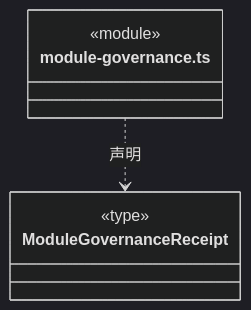
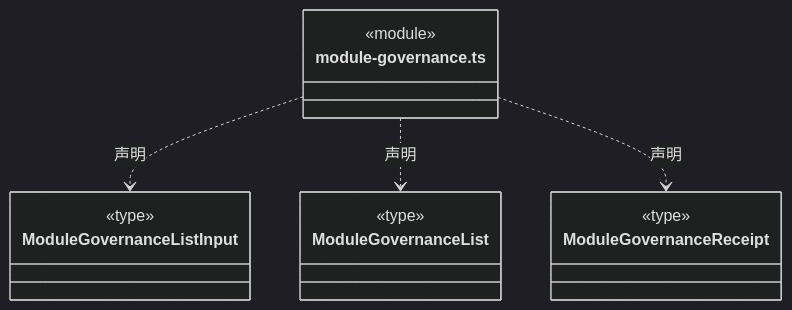
Before and after one commit to nan023062/cbim: diagram 12 of 13 in src/backend/core/governance/ARCHITECTURE.md, drawn with Mermaid (dark theme). The commit also changed other lines of this file and 53 other files, not shown here.

````diff
--- a/src/backend/core/governance/ARCHITECTURE.md
+++ b/src/backend/core/governance/ARCHITECTURE.md
@@ -215,11 +318,21 @@
 ```mermaid
 classDiagram
 class N_src_backend_core_governance_module_governance_ts["module-governance.ts"] {
   <<module>>
 }
+class N_src_backend_core_governance_module_governance_ts_ModuleGovernanceListInput["ModuleGovernanceListInput"] {
+  <<type>>
+
+}
+N_src_backend_core_governance_module_governance_ts ..> N_src_backend_core_governance_module_governance_ts_ModuleGovernanceListInput : 声明
+class N_src_backend_core_governance_module_governance_ts_ModuleGovernanceList["ModuleGovernanceList"] {
+  <<type>>
+
+}
+N_src_backend_core_governance_module_governance_ts ..> N_src_backend_core_governance_module_governance_ts_ModuleGovernanceList : 声明
 class N_src_backend_core_governance_module_governance_ts_ModuleGovernanceReceipt["ModuleGovernanceReceipt"] {
   <<type>>
 
 }
 N_src_backend_core_governance_module_governance_ts ..> N_src_backend_core_governance_module_governance_ts_ModuleGovernanceReceipt : 声明
 ```
````
